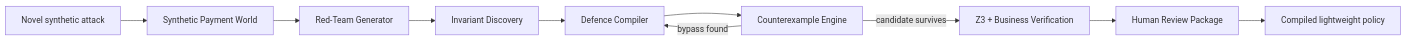
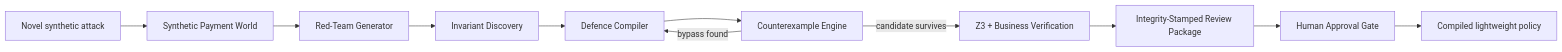
The first of 2 diagrams in README.md (omghotekar01-dotcom/Mastercard-project---AEGISYNTH), drawn with Mermaid before and after one commit. The commit also changed other lines of this file, not shown here.

Commit message:
docs: document integrity-stamped human review handoff

````diff
--- a/README.md
+++ b/README.md
@@ -109,12 +112,13 @@
 ```mermaid
 flowchart LR
     A[Novel synthetic attack] --> B[Synthetic Payment World]
     B --> C[Red-Team Generator]
     C --> D[Invariant Discovery]
     D --> E[Defence Compiler]
     E --> F[Counterexample Engine]
     F -->|bypass found| E
     F -->|candidate survives| G[Z3 + Business Verification]
-    G --> H[Human Review Package]
-    H --> I[Compiled lightweight policy]
+    G --> H[Integrity-Stamped Review Package]
+    H --> I[Human Approval Gate]
+    I --> J[Compiled lightweight policy]
 ```
````
